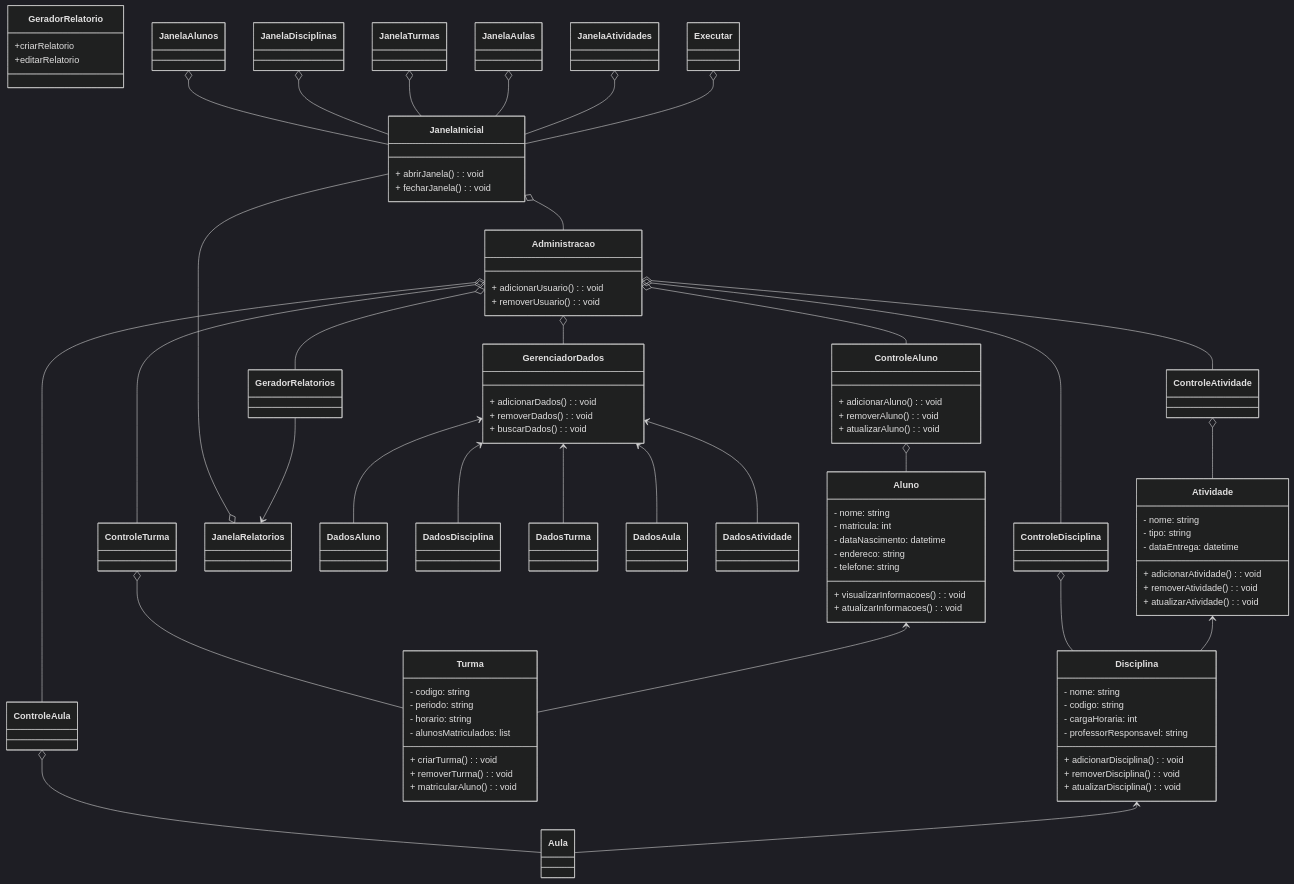
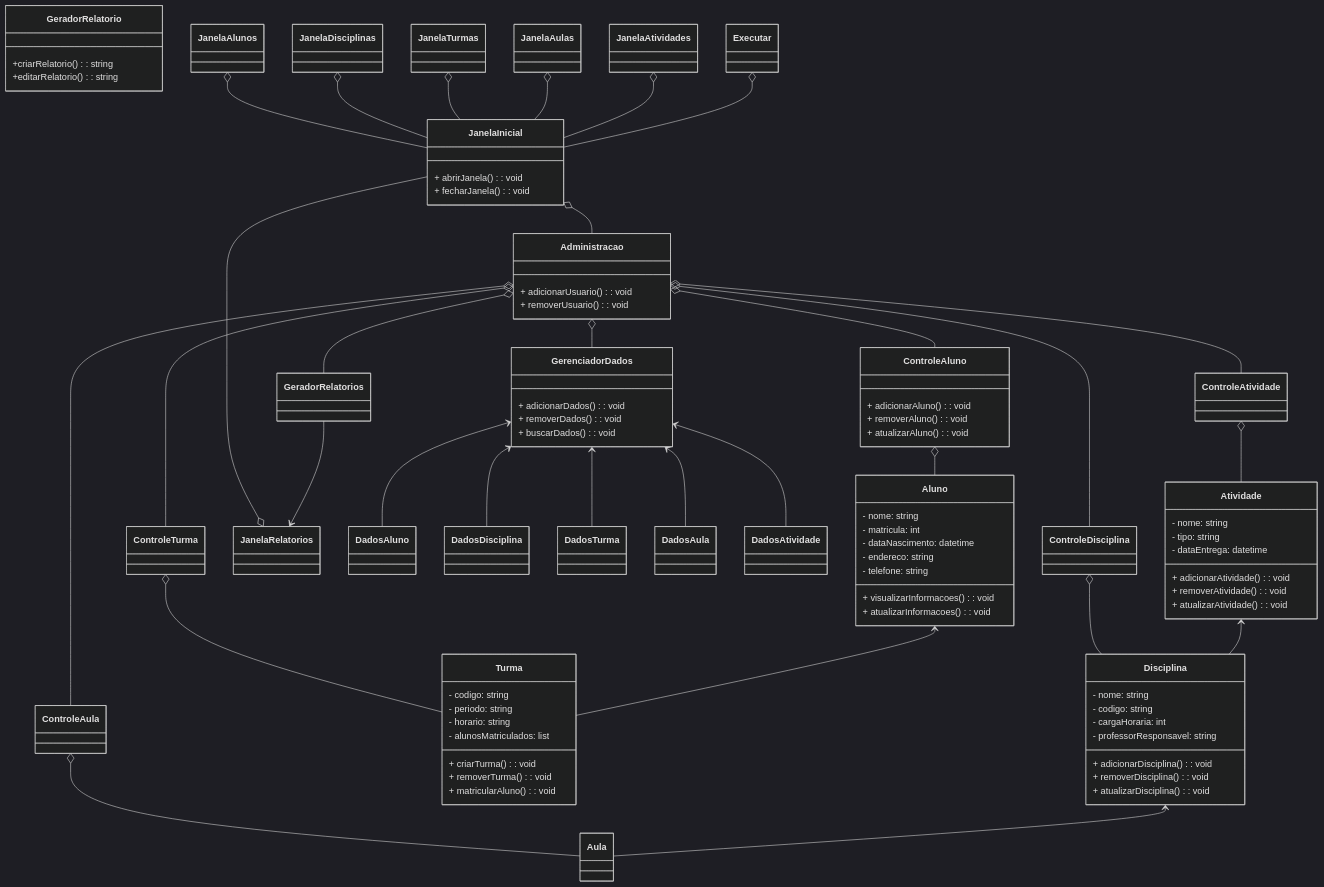
The diagram in EngSoft.md (mamaclara99/diagramaclasses), drawn with Mermaid (dark theme) before and after one commit.

```diff
--- a/EngSoft.md
+++ b/EngSoft.md
@@ -62,9 +62,10 @@
         + matricularAluno(): void
     }
     class GeradorRelatorio {
-        +criarRelatorio
-        +editarRelatorio
+        +criarRelatorio (): string
+        +editarRelatorio (): string
     }
+
     JanelaInicial o-- Administracao
     JanelaAlunos o-- JanelaInicial
     JanelaDisciplinas o-- JanelaInicial
```
